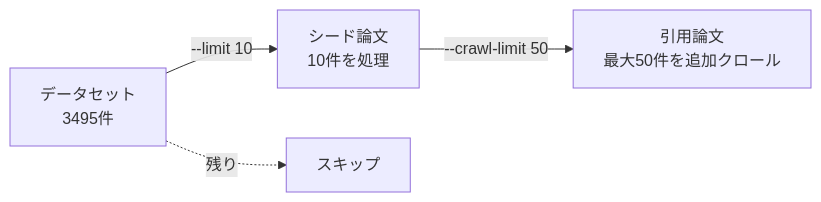
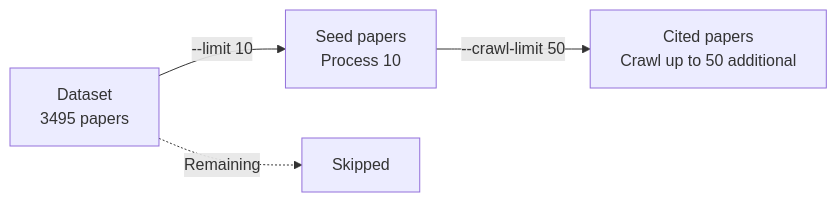
Before and after one commit to frkake/IdeaGraph: the diagram in USAGE.md, drawn with Mermaid. The commit also changed other lines of this file and 4 other files, not shown here.

````diff
--- a/USAGE.md
+++ b/USAGE.md
@@ -106,6 +108,6 @@
 ```mermaid
 flowchart LR
-    A[データセット<br/>3495件] -->|--limit 10| B[シード論文<br/>10件を処理]
-    B -->|--crawl-limit 50| C[引用論文<br/>最大50件を追加クロール]
-    A -.->|残り| D[スキップ]
+    A[Dataset<br/>3495 papers] -->|--limit 10| B[Seed papers<br/>Process 10]
+    B -->|--crawl-limit 50| C[Cited papers<br/>Crawl up to 50 additional]
+    A -.->|Remaining| D[Skipped]
 ```
````
